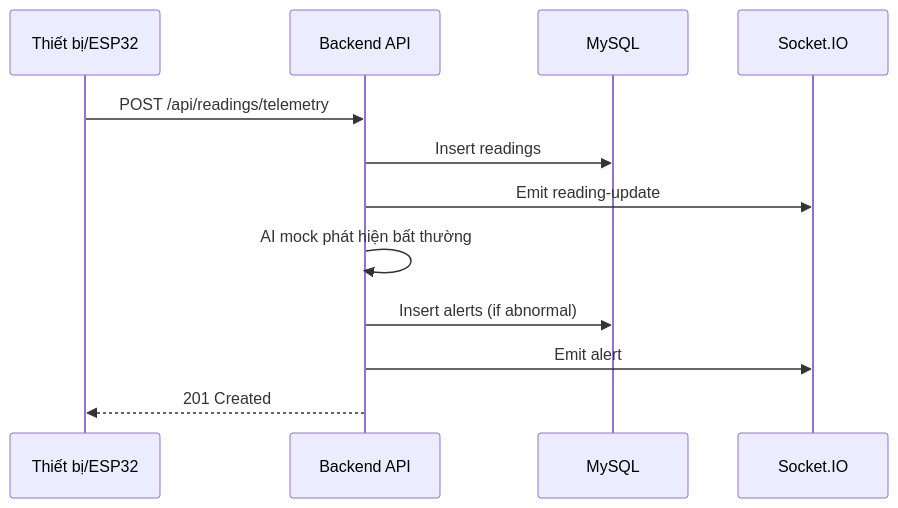
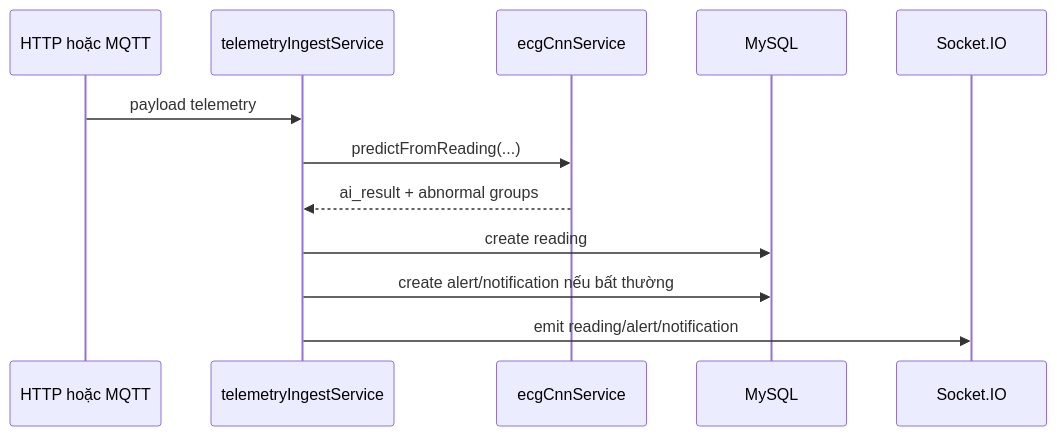
The second of 3 diagrams in server/README.backend.md (KhuongVAnh/ironman_holter), drawn with Mermaid before and after one commit. The commit also changed other lines of this file and 18 other files, not shown here.

````diff
--- a/server/README.backend.md
+++ b/server/README.backend.md
@@ -97,15 +276,15 @@
 ```mermaid
 sequenceDiagram
-  participant Device as Thiết bị/ESP32
-  participant API as Backend API
+  participant Input as HTTP hoặc MQTT
+  participant Ingest as telemetryIngestService
+  participant AI as ecgCnnService
   participant DB as MySQL
   participant Socket as Socket.IO
 
-  Device->>API: POST /api/readings/telemetry
-  API->>DB: Insert readings
-  API->>Socket: Emit reading-update
-  API->>API: AI mock phát hiện bất thường
-  API->>DB: Insert alerts (if abnormal)
-  API->>Socket: Emit alert
-  API-->>Device: 201 Created
+  Input->>Ingest: payload telemetry
+  Ingest->>AI: predictFromReading(...)
+  AI-->>Ingest: ai_result + abnormal groups
+  Ingest->>DB: create reading
+  Ingest->>DB: create alert/notification nếu bất thường
+  Ingest->>Socket: emit reading/alert/notification
 ```
````
